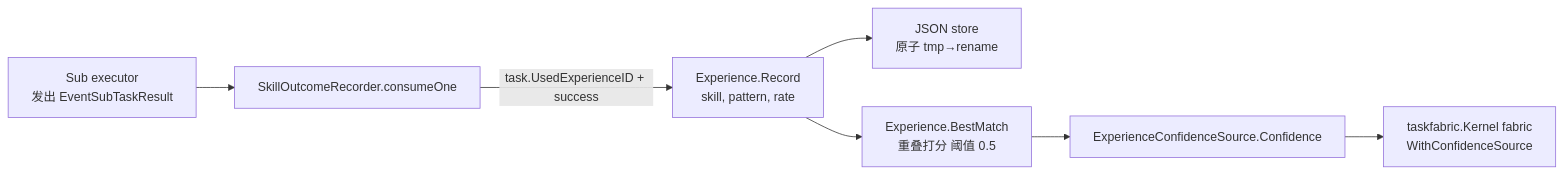
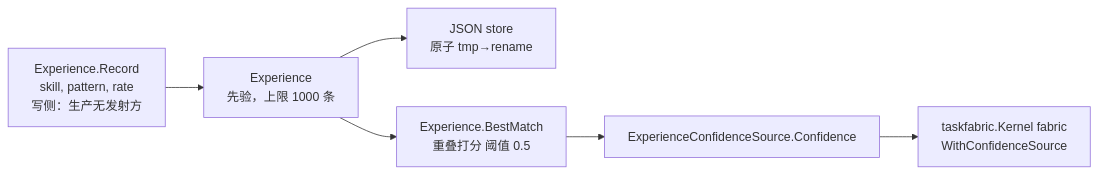
The third of 4 diagrams in docs/articles/zh/28-skills-discovery.md (Timwood0x10/goagent), drawn with Mermaid before and after one commit. The commit also changed other lines of this file and 75 other files, not shown here.

````diff
--- a/docs/articles/zh/28-skills-discovery.md
+++ b/docs/articles/zh/28-skills-discovery.md
@@ -148,9 +148,8 @@
 ```mermaid
 graph LR
-    SUB[Sub executor<br/>发出 EventSubTaskResult] --> R[SkillOutcomeRecorder.consumeOne]
-    R -->|task.UsedExperienceID + success| E[Experience.Record<br/>skill, pattern, rate]
+    REC[Experience.Record<br/>skill, pattern, rate<br/>写侧：生产无发射方] --> E[Experience<br/>先验，上限 1000 条]
     E --> STORE[JSON store<br/>原子 tmp→rename]
     E --> BM[Experience.BestMatch<br/>重叠打分 阈值 0.5]
     BM --> EXP[ExperienceConfidenceSource.Confidence]
     EXP --> FAB[taskfabric.Kernel fabric<br/>WithConfidenceSource]
 ```
````
